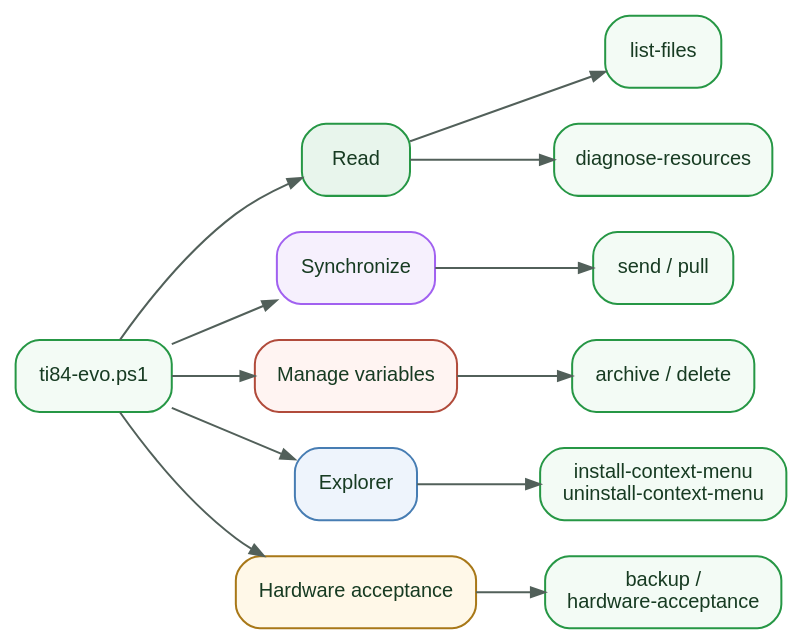
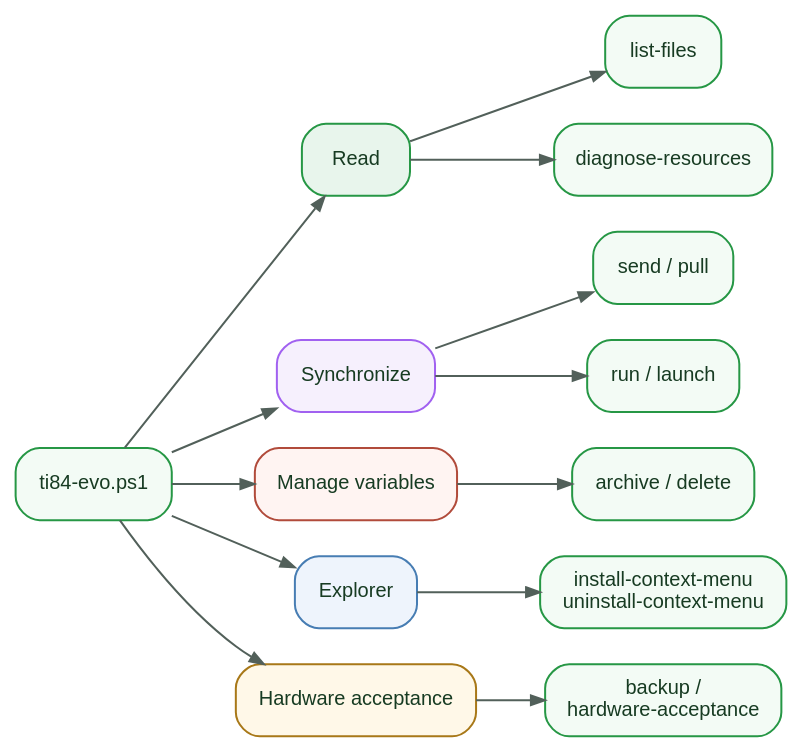
The diagram in docs/cli.rst (Inspyre-Softworks/ti84-evo-for-pycharm), drawn with Graphviz before and after one commit. The commit also changed other lines of this file and 25 other files, not shown here.

Commit message:
Release version 0.7.0: Add run configuration and CLI commands for project launch, live screen viewer, and manifest validation. Expand tests and docs. Update to support incremental project upload and Python program launching.

```diff
--- a/docs/cli.rst
+++ b/docs/cli.rst
@@ -22,31 +22,33 @@
 .. graphviz::
    :align: center
 
    digraph cli_commands {
        rankdir=LR;
        graph [bgcolor="transparent", pad=0.15, nodesep=0.25, ranksep=0.45];
        node [shape=box, style="rounded,filled", fillcolor="#f3fbf5",
              color="#269745", fontcolor="#173b22", fontname="Arial",
              fontsize=10, margin="0.16,0.10"];
        edge [color="#52605a", fontname="Arial", fontsize=9, arrowsize=0.7];
 
        cli [label="ti84-evo.ps1"];
        read [label="Read", fillcolor="#e8f5ec"];
        sync [label="Synchronize", fillcolor="#f6f0fd", color="#a161f0"];
        mutate [label="Manage variables", fillcolor="#fff4f2", color="#b14b3b"];
        shell [label="Explorer", fillcolor="#eef4fc", color="#477db3"];
        safety [label="Hardware acceptance", fillcolor="#fff8e8", color="#a87818"];
        list [label="list-files"];
        diagnose [label="diagnose-resources"];
        send [label="send / pull"];
+       run [label="run / launch"];
        vars [label="archive / delete"];
        menus [label="install-context-menu\nuninstall-context-menu"];
        backup [label="backup /\nhardware-acceptance"];
 
        cli -> read -> list;
        read -> diagnose;
        cli -> sync -> send;
+       sync -> run;
        cli -> mutate -> vars;
        cli -> shell -> menus;
        cli -> safety -> backup;
    }
```
